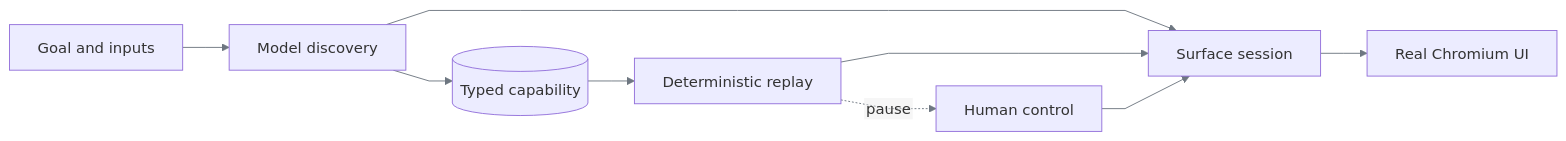
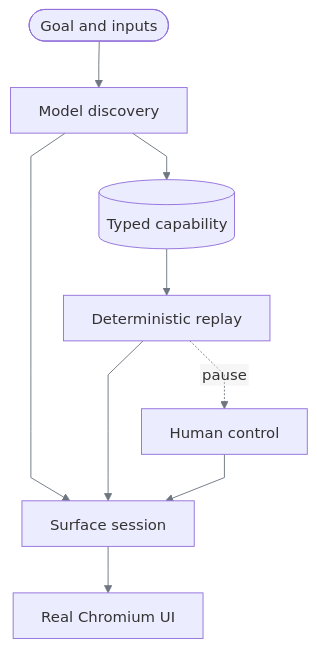
One commit to SivaTSS/replay-forge changed the diagram in REPORT.md. Above: the diagram before and after it, drawn with Mermaid. The commit also changed other lines of this file and 15 other files, not shown here.

Commit message:
docs: unify reference structure and validate diagram consistency

````diff
--- a/REPORT.md
+++ b/REPORT.md
@@ -10,12 +10,12 @@
 ```mermaid
-%%{init: {"htmlLabels":false,"themeVariables":{"lineColor":"#6E7781","signalColor":"#6E7781"},"flowchart":{"curve":"linear"}}}%%
-flowchart LR
-    G[Goal and inputs] --> D[Model discovery]
+%%{init: {"htmlLabels":false,"themeVariables":{"lineColor":"#6E7781","signalColor":"#6E7781"},"flowchart":{"curve":"linear"},"sequence":{"wrap":true}}}%%
+flowchart TB
+    G([Goal and inputs]) --> D[Model discovery]
     D --> A[(Typed capability)]
     A --> R[Deterministic replay]
     D --> S[Surface session]
     R --> S
     S --> B[Real Chromium UI]
     R -. pause .-> H[Human control]
     H --> S
 ```
````
